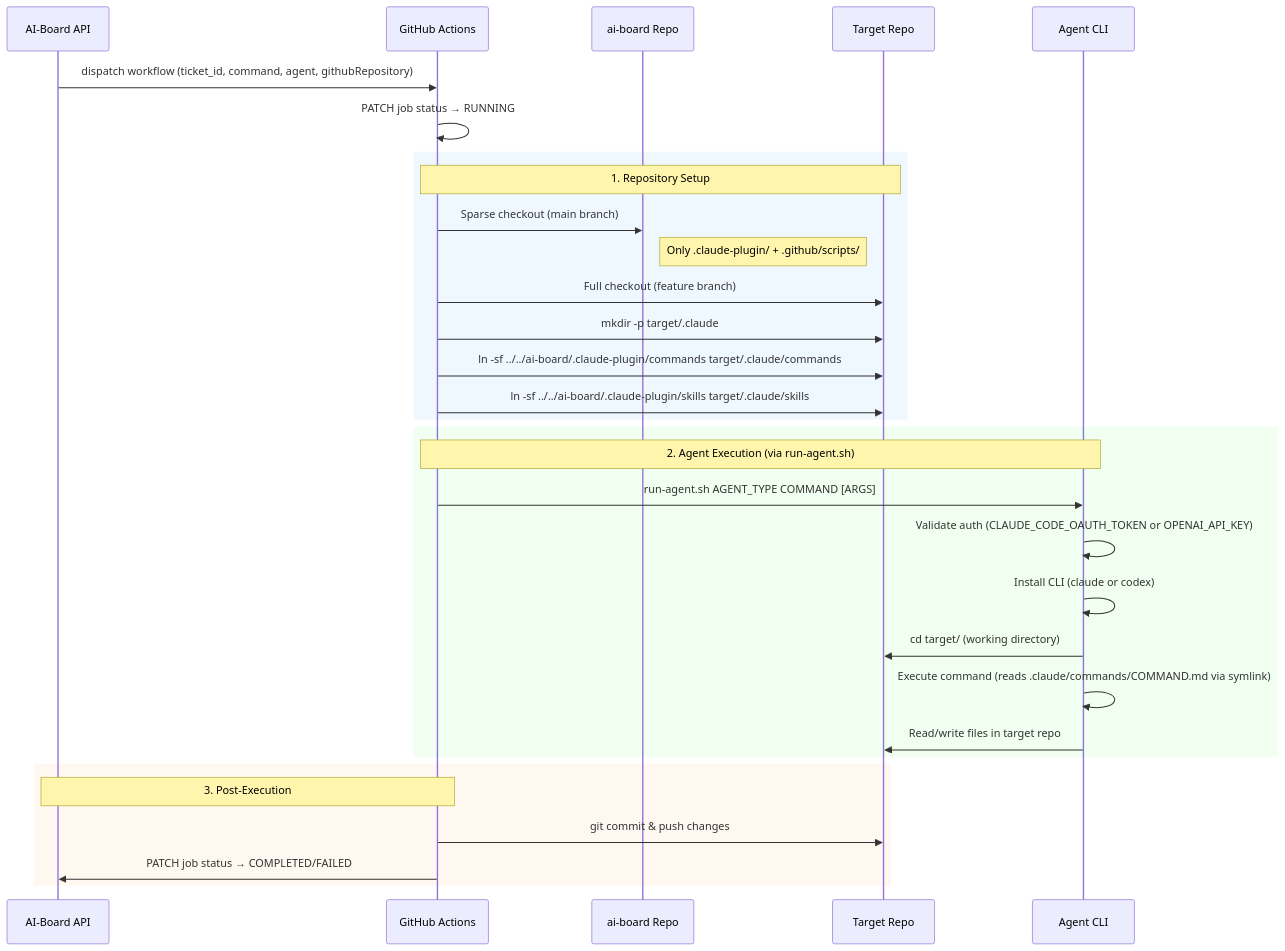
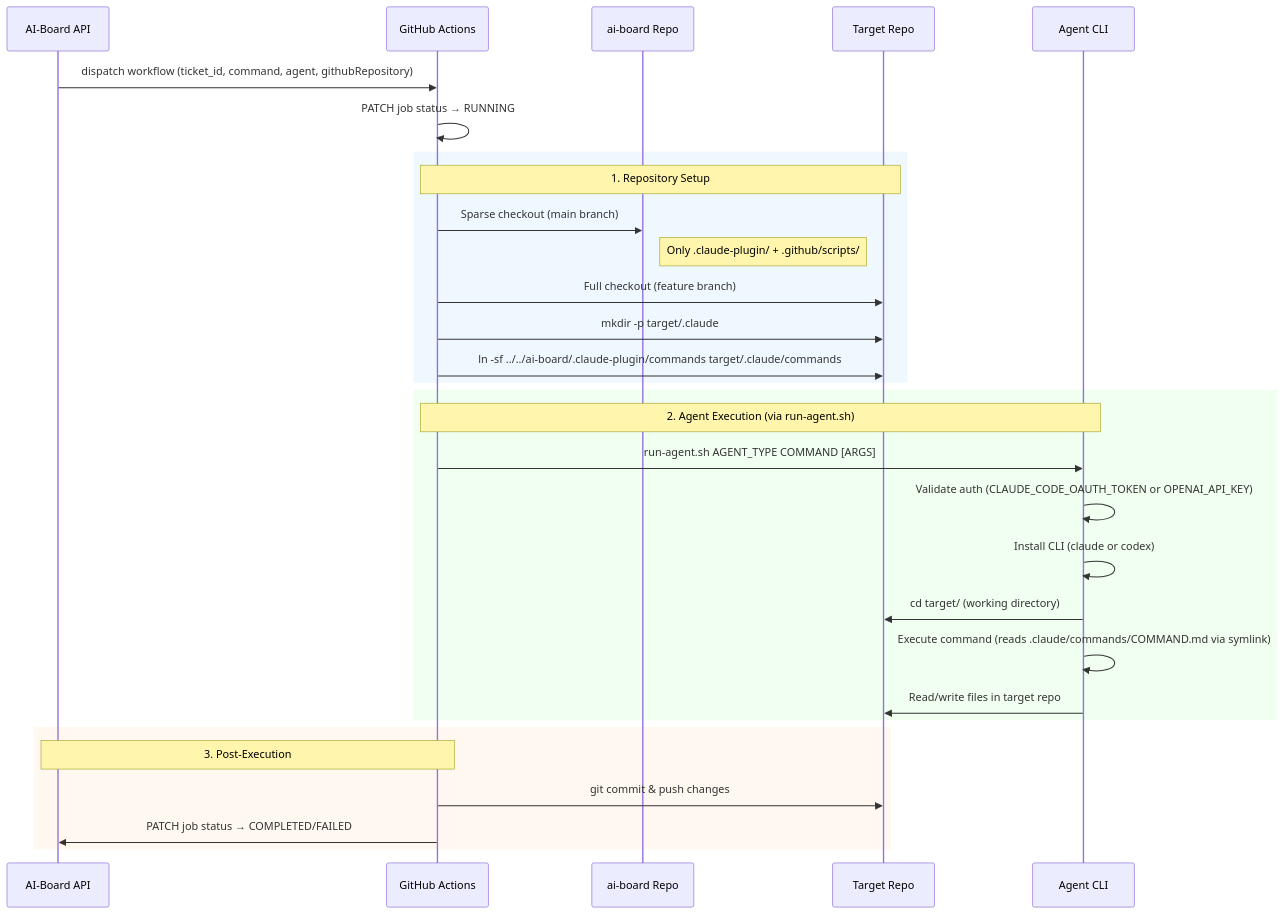
The diagram in specs/specifications/technical/implementation/plugin-architecture.md (bfernandez31/ai-board), drawn with Mermaid before and after one commit. The commit also changed other lines of this file and 23 other files, not shown here.

First line of the commit message:
refactor(ticket-AIB-743): force Claude for analysis, fix cost table, drop skills

````diff
--- a/specs/specifications/technical/implementation/plugin-architecture.md
+++ b/specs/specifications/technical/implementation/plugin-architecture.md
@@ -184,37 +174,36 @@
 ```mermaid
 sequenceDiagram
     participant API as AI-Board API
     participant GH as GitHub Actions
     participant AIB as ai-board Repo
     participant TGT as Target Repo
     participant CLI as Agent CLI
 
     API->>GH: dispatch workflow (ticket_id, command, agent, githubRepository)
     GH->>GH: PATCH job status → RUNNING
 
     rect rgb(240, 248, 255)
         Note over GH,TGT: 1. Repository Setup
         GH->>AIB: Sparse checkout (main branch)
         Note right of AIB: Only .claude-plugin/ + .github/scripts/
         GH->>TGT: Full checkout (feature branch)
         GH->>TGT: mkdir -p target/.claude
         GH->>TGT: ln -sf ../../ai-board/.claude-plugin/commands target/.claude/commands
-        GH->>TGT: ln -sf ../../ai-board/.claude-plugin/skills target/.claude/skills
     end
 
     rect rgb(240, 255, 240)
         Note over GH,CLI: 2. Agent Execution (via run-agent.sh)
         GH->>CLI: run-agent.sh AGENT_TYPE COMMAND [ARGS]
         CLI->>CLI: Validate auth (CLAUDE_CODE_OAUTH_TOKEN or OPENAI_API_KEY)
         CLI->>CLI: Install CLI (claude or codex)
         CLI->>TGT: cd target/ (working directory)
         CLI->>CLI: Execute command (reads .claude/commands/COMMAND.md via symlink)
         CLI->>TGT: Read/write files in target repo
     end
 
     rect rgb(255, 248, 240)
         Note over GH,API: 3. Post-Execution
         GH->>TGT: git commit & push changes
         GH->>API: PATCH job status → COMPLETED/FAILED
     end
 ```
````
